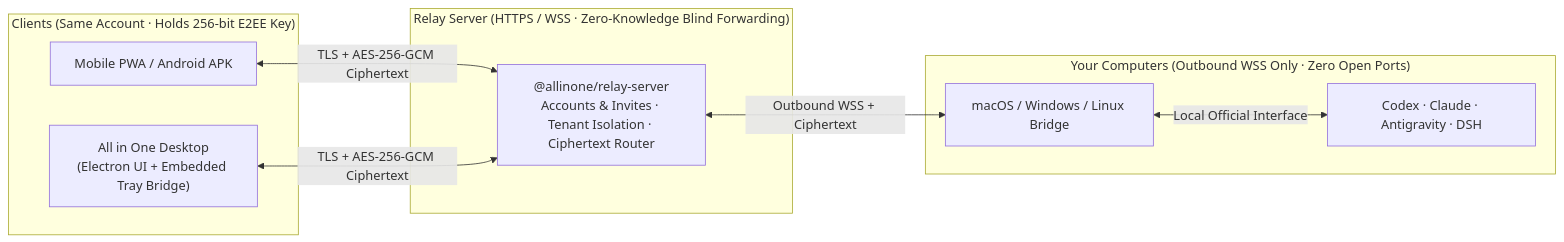
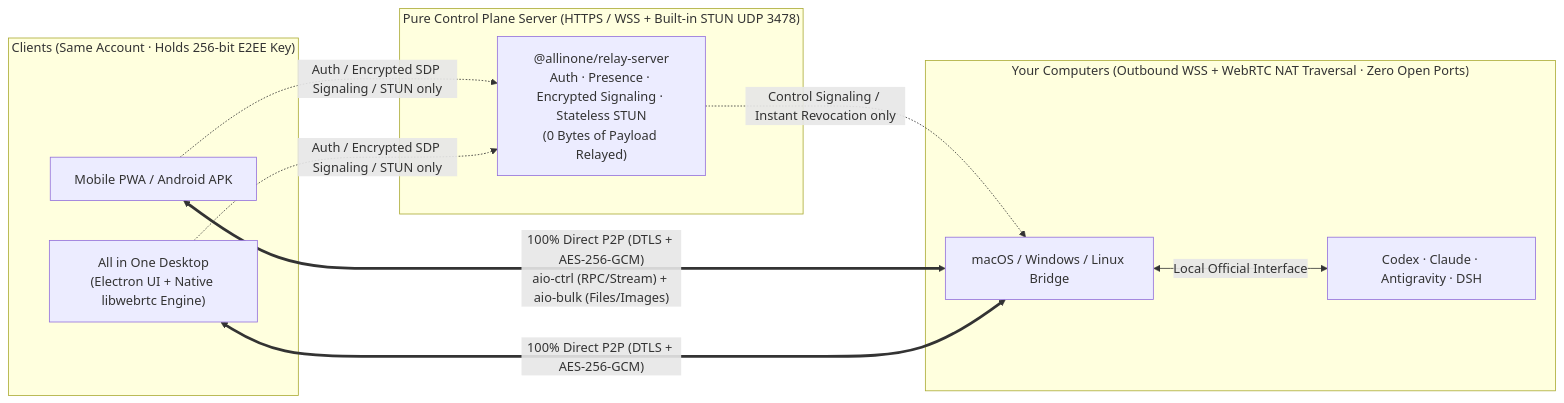
The diagram in README_EN.md (RainbowLion0320/AllinOne), drawn with Mermaid before and after one commit. The commit also changed other lines of this file and 53 other files, not shown here.

Commit message:
feat(v1.0.0)!: pure control-plane + 100% direct WebRTC P2P data plane (AIO-P2P v1)

````diff
--- a/README_EN.md
+++ b/README_EN.md
@@ -179,21 +179,23 @@
 ```mermaid
 flowchart LR
   subgraph Clients["Clients (Same Account · Holds 256-bit E2EE Key)"]
     M["Mobile PWA / Android APK"]
-    D["All in One Desktop<br/>(Electron UI + Embedded Tray Bridge)"]
+    D["All in One Desktop<br/>(Electron UI + Native libwebrtc Engine)"]
   end
 
-  subgraph Server["Relay Server (HTTPS / WSS · Zero-Knowledge Blind Forwarding)"]
-    R["@allinone/relay-server<br/>Accounts & Invites · Tenant Isolation · Ciphertext Router"]
+  subgraph Control["Pure Control Plane Server (HTTPS / WSS + Built-in STUN UDP 3478)"]
+    R["@allinone/relay-server<br/>Auth · Presence · Encrypted Signaling · Stateless STUN<br/>(0 Bytes of Payload Relayed)"]
   end
 
-  subgraph PCs["Your Computers (Outbound WSS Only · Zero Open Ports)"]
+  subgraph PCs["Your Computers (Outbound WSS + WebRTC NAT Traversal · Zero Open Ports)"]
     B1["macOS / Windows / Linux Bridge"]
     A1["Codex · Claude · Antigravity · DSH"]
     B1 <-->|"Local Official Interface"| A1
   end
 
-  M <-->|"TLS + AES-256-GCM Ciphertext"| R
-  D <-->|"TLS + AES-256-GCM Ciphertext"| R
-  R <-->|"Outbound WSS + Ciphertext"| B1
+  M -.->|"Auth / Encrypted SDP Signaling / STUN only"| R
+  D -.->|"Auth / Encrypted SDP Signaling / STUN only"| R
+  R -.->|"Control Signaling / Instant Revocation only"| B1
+  M <==>|"100% Direct P2P (DTLS + AES-256-GCM)<br/>aio-ctrl (RPC/Stream) + aio-bulk (Files/Images)"| B1
+  D <==>|"100% Direct P2P (DTLS + AES-256-GCM)"| B1
 ```
````
